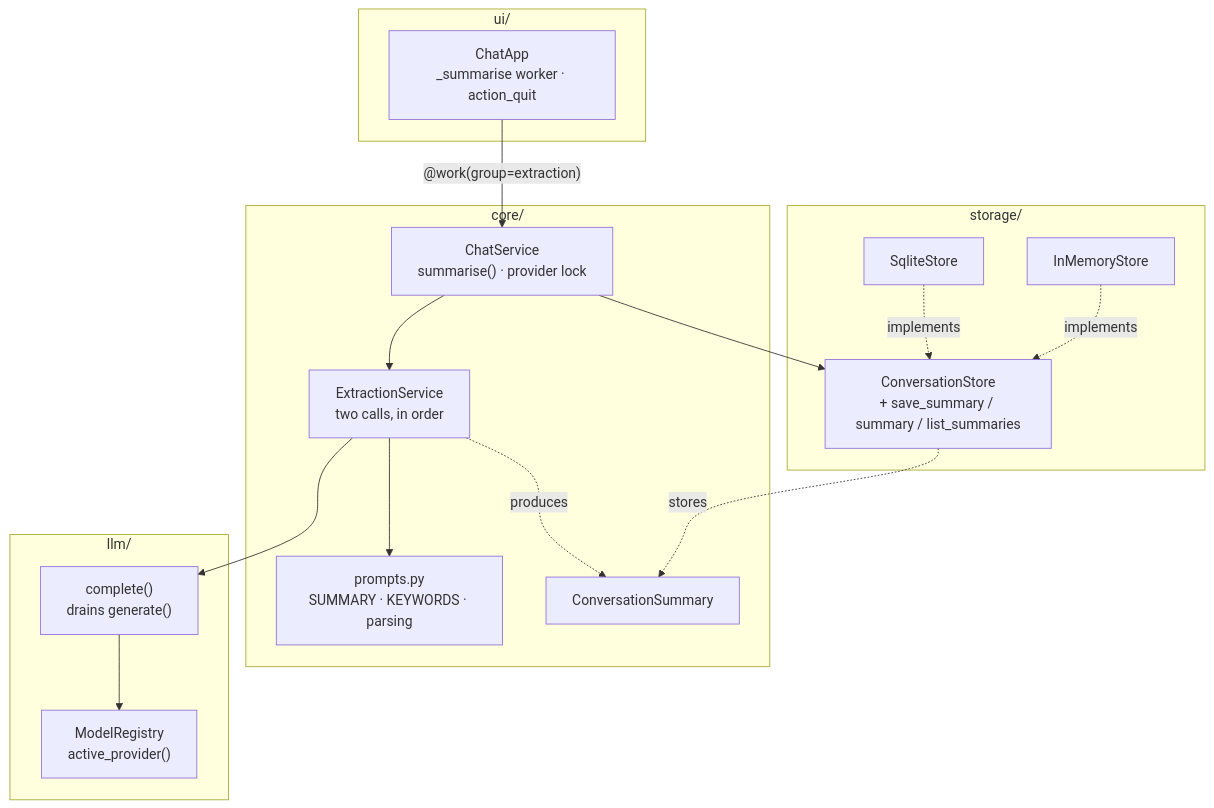
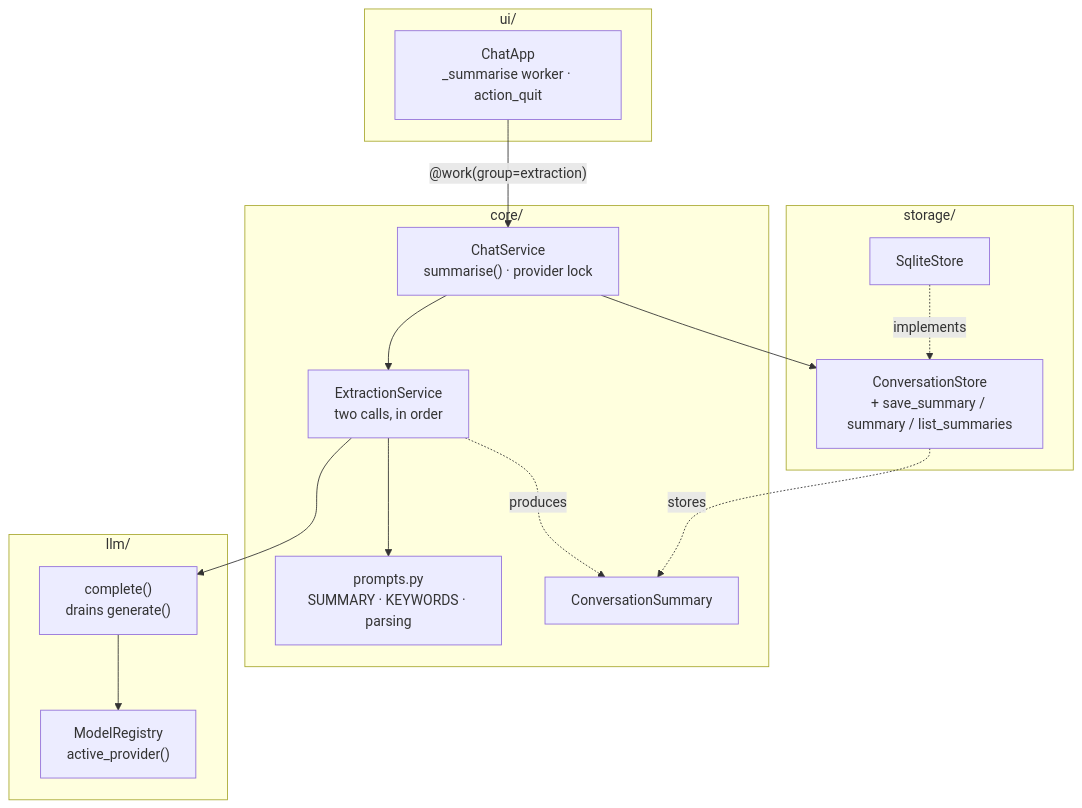
The first of 3 diagrams in docs/plans/2026-08-12-007-feat-conversation-summaries-plan.md (Alorcus/agent_project), drawn with Mermaid before and after one commit. The commit also changed other lines of this file and 11 other files, not shown here.

Commit message:
rm InMemoryStore

````diff
--- a/docs/plans/2026-08-12-007-feat-conversation-summaries-plan.md
+++ b/docs/plans/2026-08-12-007-feat-conversation-summaries-plan.md
@@ -199,32 +199,30 @@
 ```mermaid
 flowchart TD
     subgraph ui["ui/"]
         App["ChatApp<br/>_summarise worker · action_quit"]
     end
     subgraph core["core/"]
         CS["ChatService<br/>summarise() · provider lock"]
         EX["ExtractionService<br/>two calls, in order"]
         PR["prompts.py<br/>SUMMARY · KEYWORDS · parsing"]
         MD["ConversationSummary"]
     end
     subgraph llm["llm/"]
         Reg["ModelRegistry<br/>active_provider()"]
         Comp["complete()<br/>drains generate()"]
     end
     subgraph storage["storage/"]
         Proto["ConversationStore<br/>+ save_summary / summary / list_summaries"]
         Sql["SqliteStore"]
-        Mem["InMemoryStore"]
     end
 
     App -->|"@work(group=extraction)"| CS
     CS --> EX
     EX --> PR
     EX --> Comp
     Comp --> Reg
     CS --> Proto
     EX -.produces.-> MD
     Proto -.stores.-> MD
     Sql -.implements.-> Proto
-    Mem -.implements.-> Proto
 ```
````
